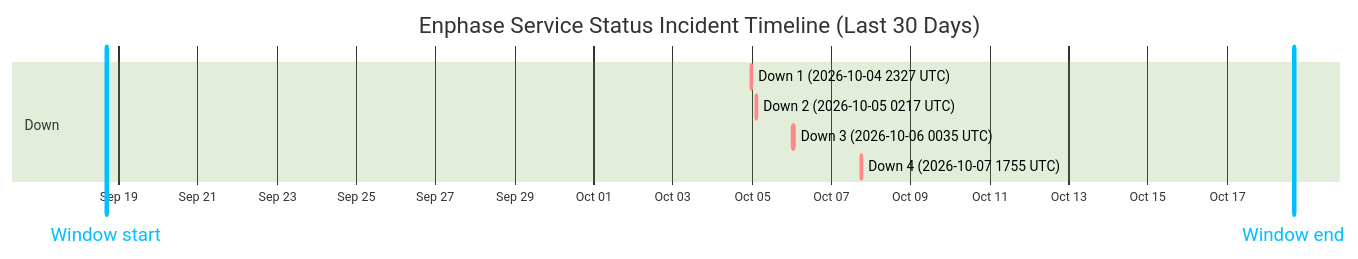
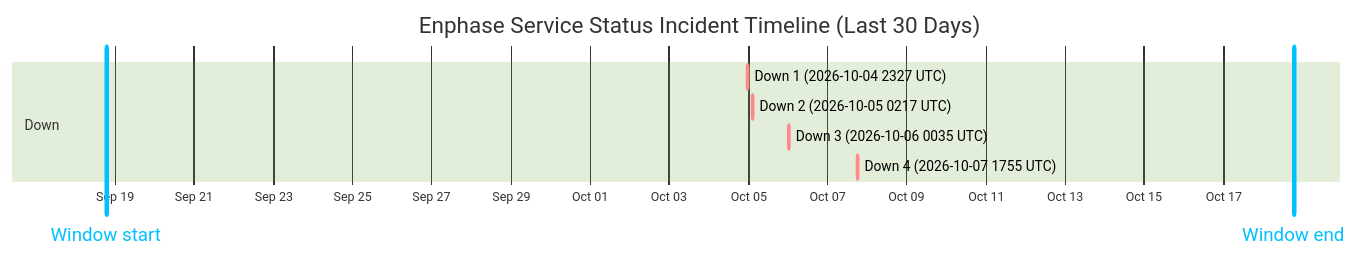
Before and after one commit to barneyonline/ha-enphase-energy: the diagram in wiki/Service-Status-History.md, drawn with Mermaid (forest theme). The commit also changed other lines of this file and 3 other files, not shown here.

````diff
--- a/wiki/Service-Status-History.md
+++ b/wiki/Service-Status-History.md
@@ -14,13 +14,13 @@
 ```mermaid
 gantt
     title Enphase Service Status Incident Timeline (Last 30 Days)
     dateFormat  YYYY-MM-DDTHH:mm:ss
     axisFormat  %b %d
-    Window start :vert, window-start, 2026-09-18T16:21:15, 0ms
-    Window end :vert, window-end, 2026-10-18T16:21:15, 0ms
+    Window start :vert, window-start, 2026-09-18T18:46:09, 0ms
+    Window end :vert, window-end, 2026-10-18T18:46:09, 0ms
     section Down
     Down 1 (2026-10-04 2327 UTC) :crit, down-1, 2026-10-04T23:27:34, 60m
     Down 2 (2026-10-05 0217 UTC) :crit, down-2, 2026-10-05T02:17:30, 60m
     Down 3 (2026-10-06 0035 UTC) :crit, down-3, 2026-10-06T00:35:21, 60m
     Down 4 (2026-10-07 1755 UTC) :crit, down-4, 2026-10-07T17:55:16, 60m
 ```
````
